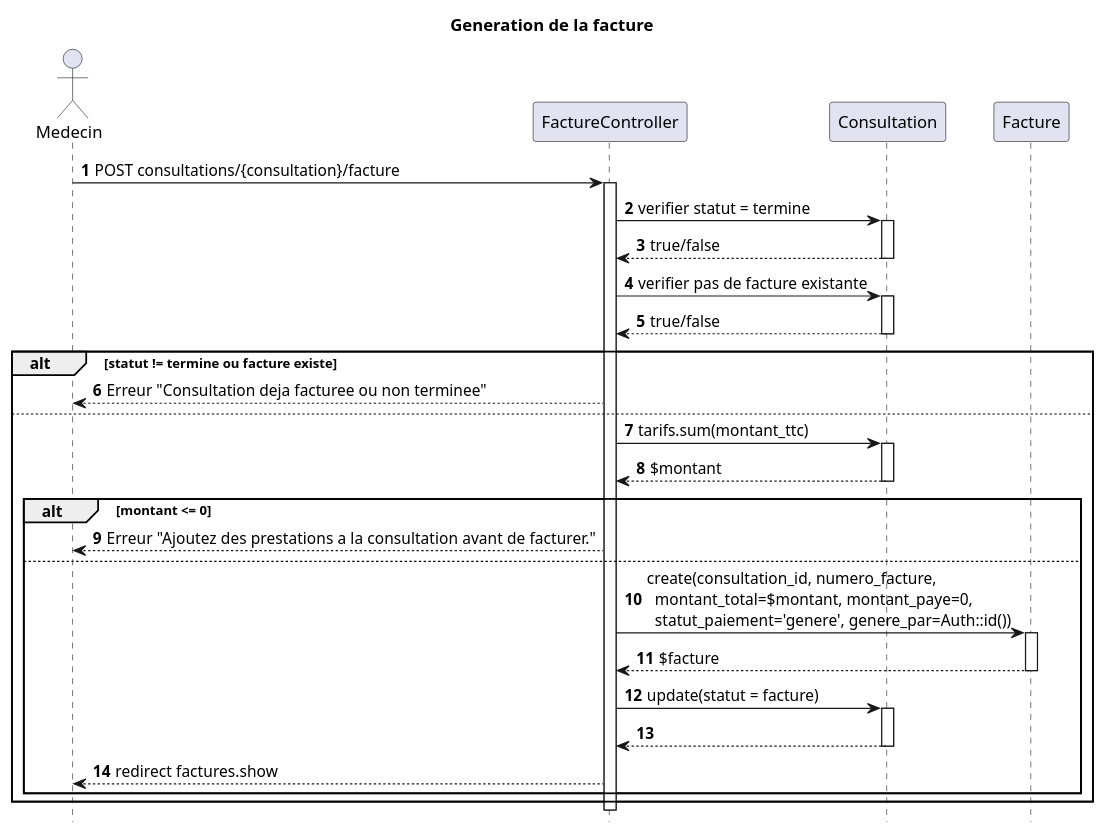
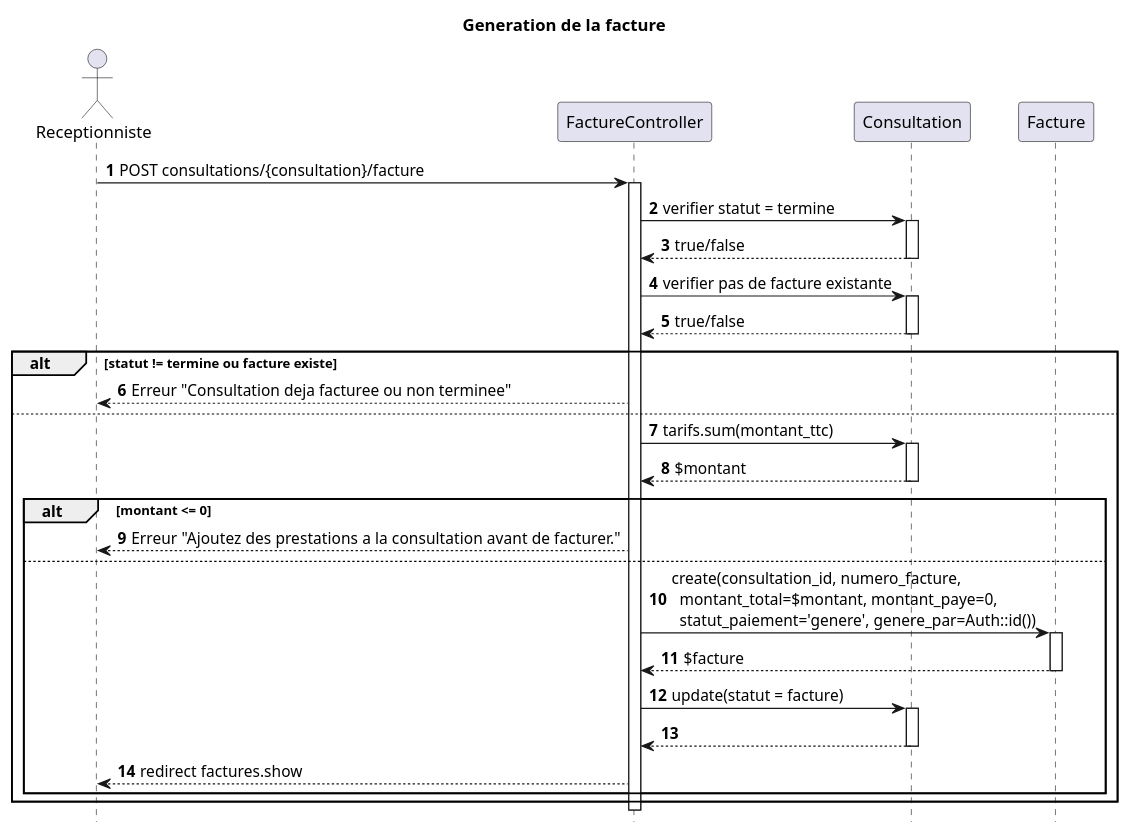
The diagram in docs/sequence/04a-generation-facture.puml (mohamedyassinekhiari45-lgtm/medicalegestion), drawn with PlantUML before and after one commit. The commit also changed 18 other files, not shown here.

```diff
--- a/docs/sequence/04a-generation-facture.puml
+++ b/docs/sequence/04a-generation-facture.puml
@@ -1,51 +1,51 @@
 @startuml
 title Generation de la facture
 
 hide footbox
 autonumber
 
-actor Medecin as Doc
+actor Receptionniste as Rec
 participant "FactureController" as FC
 participant Consultation as CM
 participant Facture as FM
 
-Doc -> FC: POST consultations/{consultation}/facture
+Rec -> FC: POST consultations/{consultation}/facture
 activate FC
 
 FC -> CM: verifier statut = termine
 activate CM
 CM --> FC: true/false
 deactivate CM
 
 FC -> CM: verifier pas de facture existante
 activate CM
 CM --> FC: true/false
 deactivate CM
 
 alt statut != termine ou facture existe
-    FC --> Doc: Erreur "Consultation deja facturee ou non terminee"
+    FC --> Rec: Erreur "Consultation deja facturee ou non terminee"
 else
     FC -> CM: tarifs.sum(montant_ttc)
     activate CM
     CM --> FC: $montant
     deactivate CM
 
     alt montant <= 0
-        FC --> Doc: Erreur "Ajoutez des prestations a la consultation avant de facturer."
+        FC --> Rec: Erreur "Ajoutez des prestations a la consultation avant de facturer."
     else
         FC -> FM: create(consultation_id, numero_facture,\n  montant_total=$montant, montant_paye=0,\n  statut_paiement='genere', genere_par=Auth::id())
         activate FM
         FM --> FC: $facture
         deactivate FM
 
         FC -> CM: update(statut = facture)
         activate CM
         CM --> FC
         deactivate CM
 
-        FC --> Doc: redirect factures.show
+        FC --> Rec: redirect factures.show
     end
 end
 deactivate FC
 
 @enduml
```
